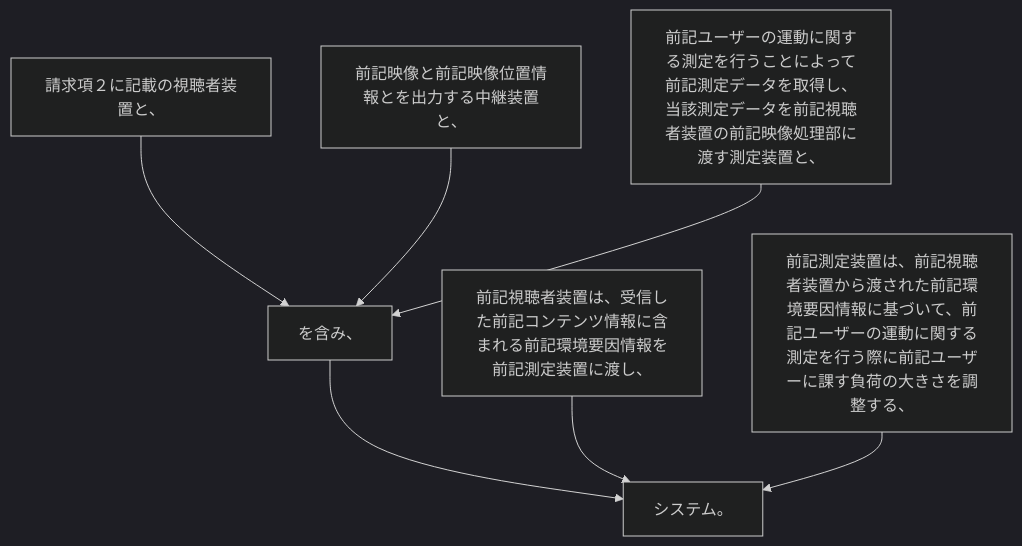
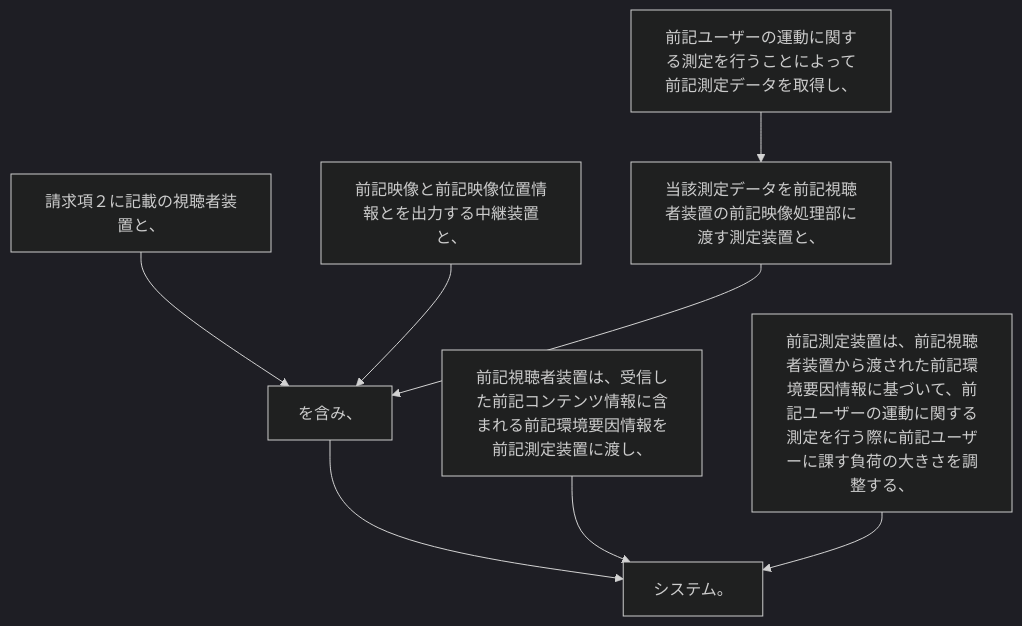
One commit to shinmori55/patent_analyzed changed the diagram in 2024/JP2024015616A/claim_7/README.md. Above: the diagram before and after it, drawn with Mermaid (dark theme). The commit also changed 336 other files, not shown here.

````diff
--- a/2024/JP2024015616A/claim_7/README.md
+++ b/2024/JP2024015616A/claim_7/README.md
@@ -8,16 +8,18 @@
 ```mermaid
 flowchart TD
 A[請求項２に記載の視聴者装置と、]
 B[前記映像と前記映像位置情報とを出力する中継装置と、]
-C[前記ユーザーの運動に関する測定を行うことによって前記測定データを取得し、当該測定データを前記視聴者装置の前記映像処理部に渡す測定装置と、]
-D[を含み、]
-E[前記視聴者装置は、受信した前記コンテンツ情報に含まれる前記環境要因情報を前記測定装置に渡し、]
-F[前記測定装置は、前記視聴者装置から渡された前記環境要因情報に基づいて、前記ユーザーの運動に関する測定を行う際に前記ユーザーに課す負荷の大きさを調整する、]
-G[システム。]
-A --> D
-B --> D
+C[前記ユーザーの運動に関する測定を行うことによって前記測定データを取得し、]
+D[当該測定データを前記視聴者装置の前記映像処理部に渡す測定装置と、]
+E[を含み、]
+F[前記視聴者装置は、受信した前記コンテンツ情報に含まれる前記環境要因情報を前記測定装置に渡し、]
+G[前記測定装置は、前記視聴者装置から渡された前記環境要因情報に基づいて、前記ユーザーの運動に関する測定を行う際に前記ユーザーに課す負荷の大きさを調整する、]
+H[システム。]
+A --> E
+B --> E
 C --> D
-D --> G
-E --> G
-F --> G
+D --> E
+E --> H
+F --> H
+G --> H
 ```
````
